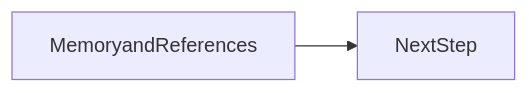
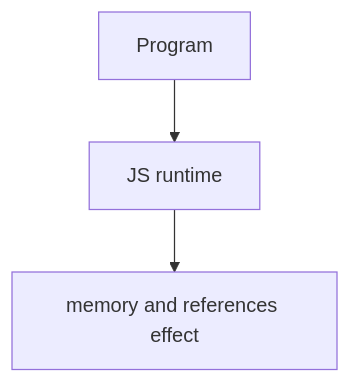
The second of 2 diagrams in docs/en/06-javascript/memory-and-references/index.md (OmidJavaherii/Frontend-Engineering-Handbook), drawn with Mermaid before and after one commit. The commit also changed other lines of this file and 461 other files, not shown here.

````diff
--- a/docs/en/06-javascript/memory-and-references/index.md
+++ b/docs/en/06-javascript/memory-and-references/index.md
@@ -97,4 +111,5 @@
 ```mermaid
-flowchart LR
-  concept[MemoryandReferences] --> nextStep[NextStep]
+flowchart TD
+  Code[Program] --> Runtime[JS runtime]
+  Runtime --> Effect[memory and references effect]
 ```
````
